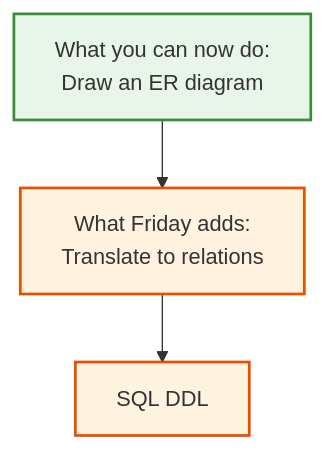
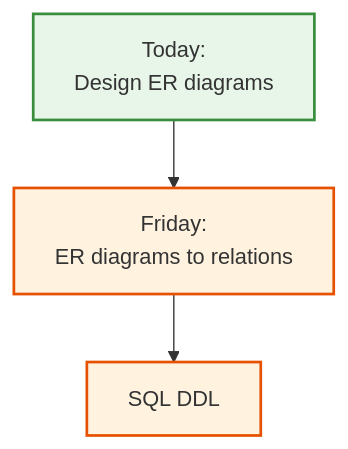
Diagram 16 of 16 in lecture-outlines/day6-er-modeling/slides.md (ufdatastudio/cop5725fa26), drawn with Mermaid before and after one commit. The commit also changed other lines of this file and 5 other files, not shown here.

````diff
--- a/lecture-outlines/day6-er-modeling/slides.md
+++ b/lecture-outlines/day6-er-modeling/slides.md
@@ -956,11 +919,11 @@
 ```mermaid
 graph TD
-  Today["What you can now do:<br/>Draw an ER diagram"]
-  Friday["What Friday adds:<br/>Translate to relations"]
+  Today["Today:<br/>Design ER diagrams"]
+  Friday["Friday:<br/>ER diagrams to relations"]
   Today --> Friday
   Friday --> Tables["SQL DDL"]
   classDef now fill:#e8f5e9,stroke:#388e3c,stroke-width:2px
   classDef next fill:#fff3e0,stroke:#e65100,stroke-width:2px
   class Today now
   class Friday,Tables next
 ```
````
